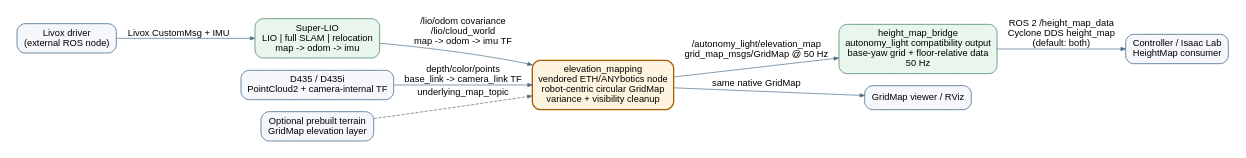
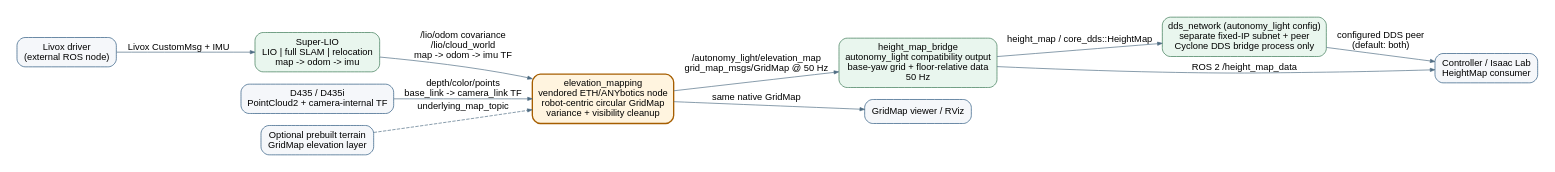
Before and after one commit to cocelo-ai/autonomy: the diagram in docs/software_node_topology.dot, drawn with Graphviz. The commit also changed 8 other files, not shown here.

```diff
--- a/docs/software_node_topology.dot
+++ b/docs/software_node_topology.dot
@@ -1,25 +1,28 @@
 digraph autonomy_light {
   rankdir=LR;
   graph [fontname="Arial", bgcolor="white", pad="0.25"];
   node [fontname="Arial", shape=box, style="rounded,filled", color="#24527a",
         fillcolor="#edf5fb", margin="0.16,0.10"];
   edge [fontname="Arial", color="#4d6b82", arrowsize="0.7"];
 
   livox [label="Livox driver\n(external ROS node)", fillcolor="#f5f7fa"];
   lio [label="Super-LIO\nLIO | full SLAM | relocation\nmap -> odom -> imu", fillcolor="#e9f6ee", color="#32734d"];
   d435 [label="D435 / D435i\nPointCloud2 + camera-internal TF", fillcolor="#f5f7fa"];
   mapper [label="elevation_mapping\nvendored ETH/ANYbotics node\nrobot-centric circular GridMap\nvariance + visibility cleanup",
           fillcolor="#fff4df", color="#a65e00", penwidth="2"];
   bridge [label="height_map_bridge\nautonomy_light compatibility output\nbase-yaw grid + floor-relative data\n50 Hz", fillcolor="#e9f6ee", color="#32734d"];
+  dds_network [label="dds_network (autonomy_light config)\nseparate fixed-IP subnet + peer\nCyclone DDS bridge process only", fillcolor="#e9f6ee", color="#32734d"];
   control [label="Controller / Isaac Lab\nHeightMap consumer", fillcolor="#f5f7fa"];
   rviz [label="GridMap viewer / RViz", fillcolor="#f5f7fa"];
   prior [label="Optional prebuilt terrain\nGridMap elevation layer", fillcolor="#f5f7fa"];
 
   livox -> lio [label="Livox CustomMsg + IMU"];
   lio -> mapper [label="/lio/odom covariance\n/lio/cloud_world\nmap -> odom -> imu TF"];
   d435 -> mapper [label="depth/color/points\nbase_link -> camera_link TF"];
   prior -> mapper [label="underlying_map_topic", style=dashed];
   mapper -> bridge [label="/autonomy_light/elevation_map\ngrid_map_msgs/GridMap @ 50 Hz"];
-  bridge -> control [label="ROS 2 /height_map_data\nCyclone DDS height_map\n(default: both)"];
+  bridge -> dds_network [label="height_map / core_dds::HeightMap"];
+  dds_network -> control [label="configured DDS peer\n(default: both)"];
+  bridge -> control [label="ROS 2 /height_map_data"];
   mapper -> rviz [label="same native GridMap"];
 }
```
